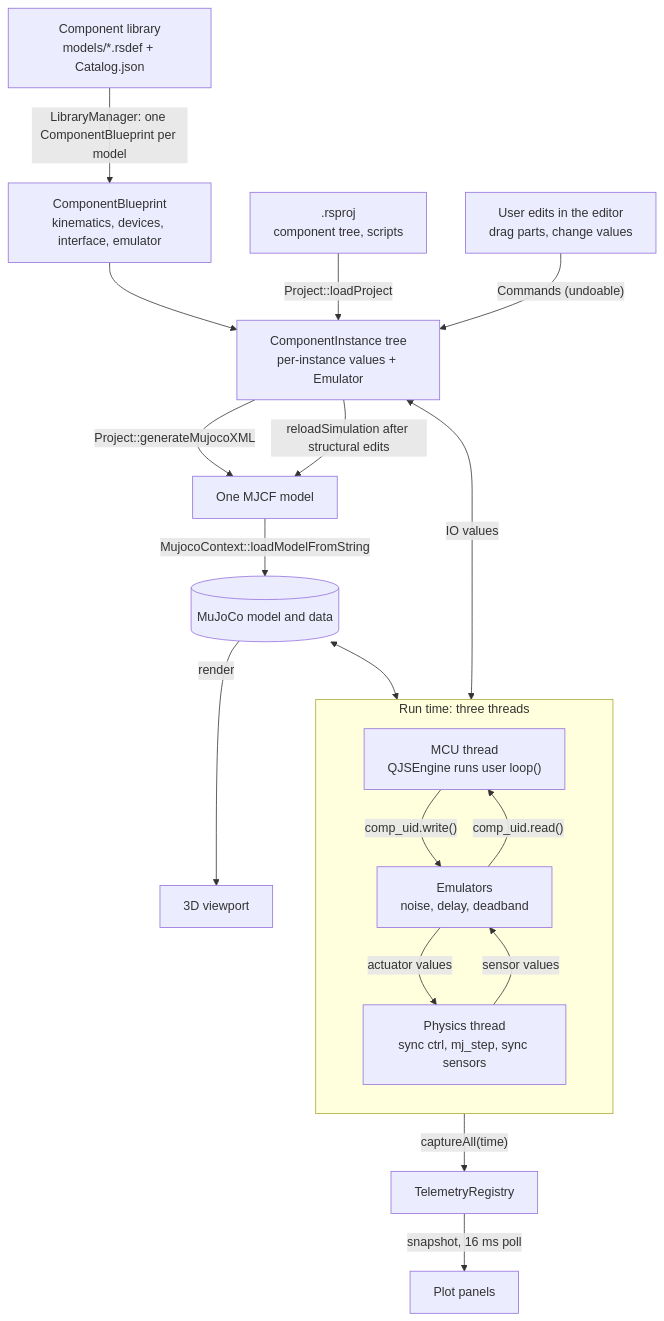
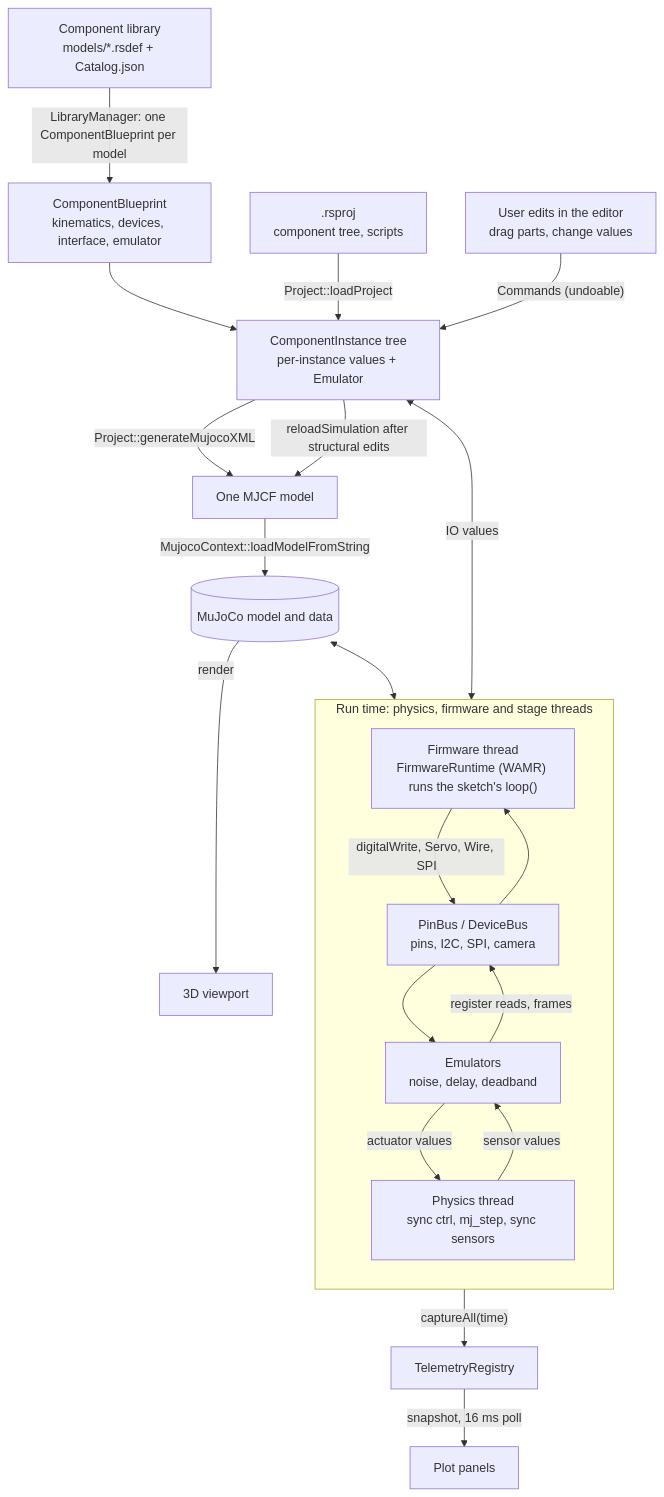
One commit to alfaiajanon/RoboticsStudio changed the diagram in docs/dev/overview.md. Above: the diagram before and after it, drawn with Mermaid. The commit also changed other lines of this file and 747 other files, not shown here.

First line of the commit message:
architecture v2: phase 1

````diff
--- a/docs/dev/overview.md
+++ b/docs/dev/overview.md
@@ -7,28 +9,31 @@
 ```mermaid
 flowchart TB
     LIB["Component library<br/>models/*.rsdef + Catalog.json"] -->|"LibraryManager: one ComponentBlueprint per model"| BP["ComponentBlueprint<br/>kinematics, devices, interface, emulator"]
     PROJ[".rsproj<br/>component tree, scripts"] -->|"Project::loadProject"| INST["ComponentInstance tree<br/>per-instance values + Emulator"]
     BP --> INST
 
     USER["User edits in the editor<br/>drag parts, change values"] -->|"Commands (undoable)"| INST
     INST -->|"Project::generateMujocoXML"| XML["One MJCF model"]
     XML -->|"MujocoContext::loadModelFromString"| MJ[("MuJoCo model and data")]
 
-    subgraph RUN["Run time: three threads"]
+    subgraph RUN["Run time: physics, firmware and stage threads"]
         direction TB
-        JS["MCU thread<br/>QJSEngine runs user loop()"]
+        FW["Firmware thread<br/>FirmwareRuntime (WAMR) runs the sketch's loop()"]
+        BUS["PinBus / DeviceBus<br/>pins, I2C, SPI, camera"]
         EMU["Emulators<br/>noise, delay, deadband"]
         PH["Physics thread<br/>sync ctrl, mj_step, sync sensors"]
-        JS -->|"comp_uid.write()"| EMU
+        FW -->|"digitalWrite, Servo, Wire, SPI"| BUS
+        BUS --> EMU
         EMU -->|"actuator values"| PH
         PH -->|"sensor values"| EMU
-        EMU -->|"comp_uid.read()"| JS
+        EMU -->|"register reads, frames"| BUS
+        BUS --> FW
     end
 
     INST <-->|"IO values"| RUN
     MJ <--> PH
     PH -->|"captureAll(time)"| TEL["TelemetryRegistry"]
     TEL -->|"snapshot, 16 ms poll"| PLOT["Plot panels"]
     MJ -->|"render"| VP["3D viewport"]
     INST -->|"reloadSimulation after structural edits"| XML
 ```
````
